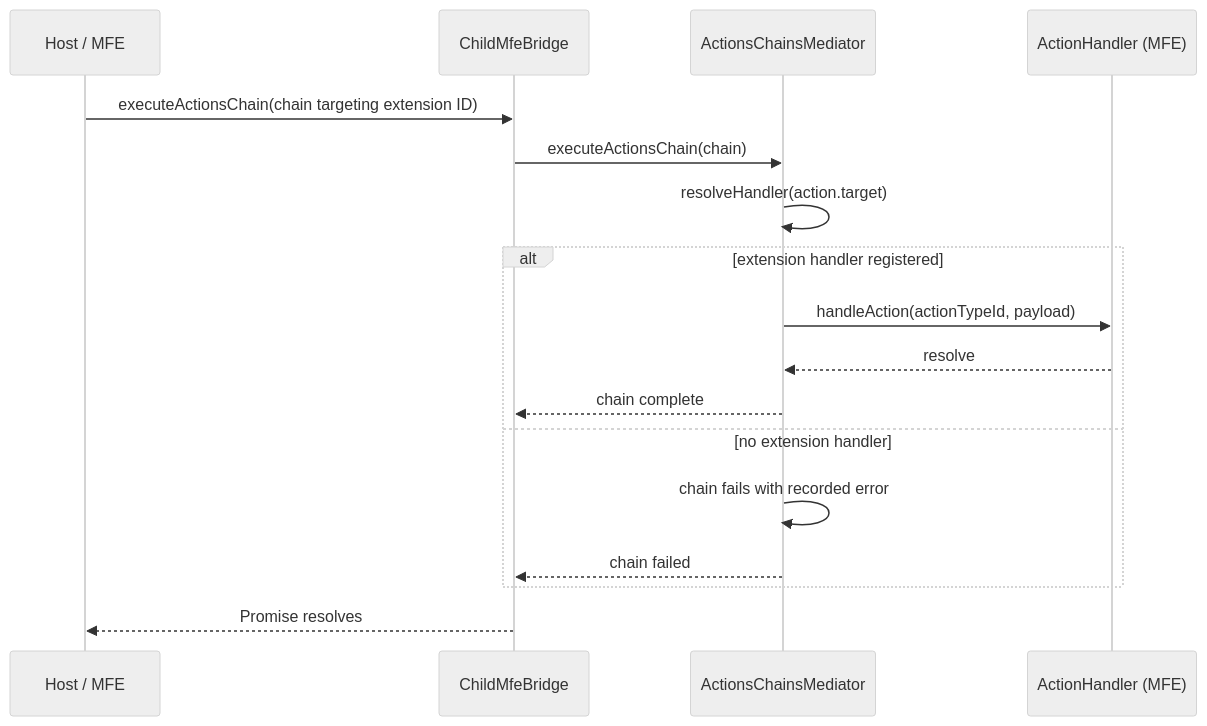
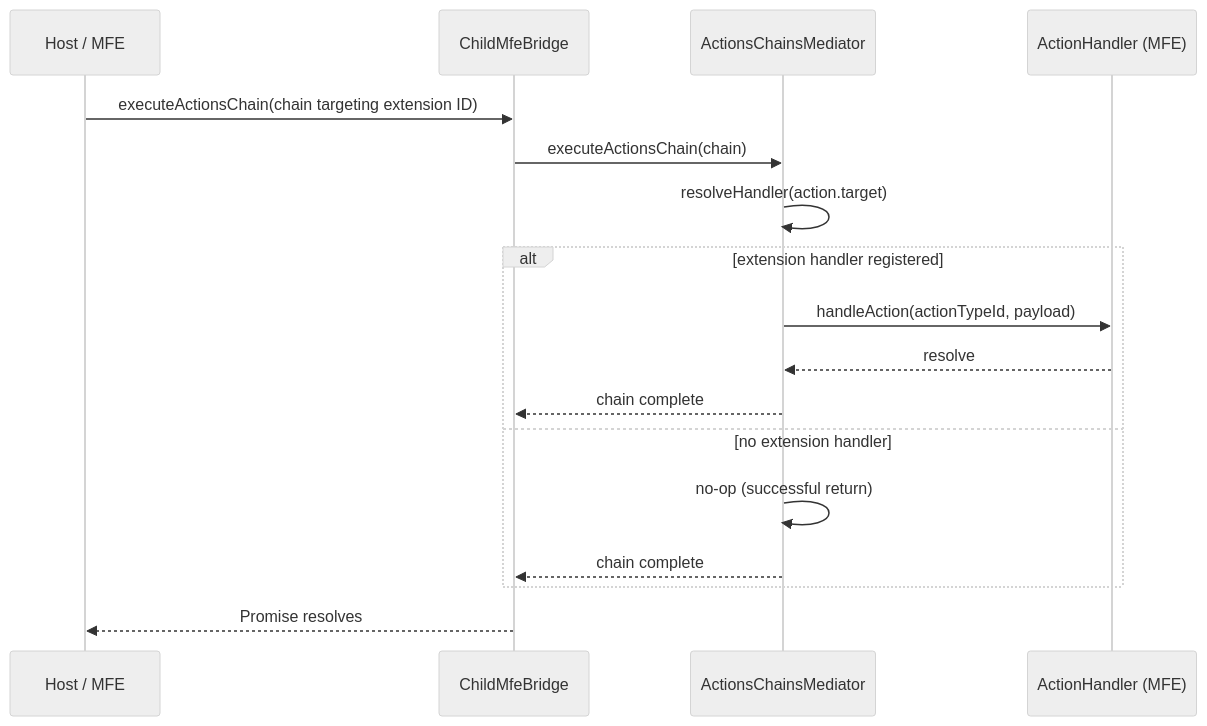
Before and after one commit to cyberfabric/frontx: the fifth of 5 diagrams in architecture/DESIGN.md, drawn with Mermaid (neutral theme). The commit also changed 45 other files, not shown here.

````diff
--- a/architecture/DESIGN.md
+++ b/architecture/DESIGN.md
@@ -935,20 +935,20 @@
 ```mermaid
 sequenceDiagram
     participant Host as Host / MFE
     participant Bridge as ChildMfeBridge
     participant Mediator as ActionsChainsMediator
     participant Handler as ActionHandler (MFE)
 
     Host->>Bridge: executeActionsChain(chain targeting extension ID)
     Bridge->>Mediator: executeActionsChain(chain)
     Mediator->>Mediator: resolveHandler(action.target)
     alt extension handler registered
         Mediator->>Handler: handleAction(actionTypeId, payload)
         Handler-->>Mediator: resolve
         Mediator-->>Bridge: chain complete
     else no extension handler
-        Mediator->>Mediator: chain fails with recorded error
-        Mediator-->>Bridge: chain failed
+        Mediator->>Mediator: no-op (successful return)
+        Mediator-->>Bridge: chain complete
     end
     Bridge-->>Host: Promise resolves
 ```
````
